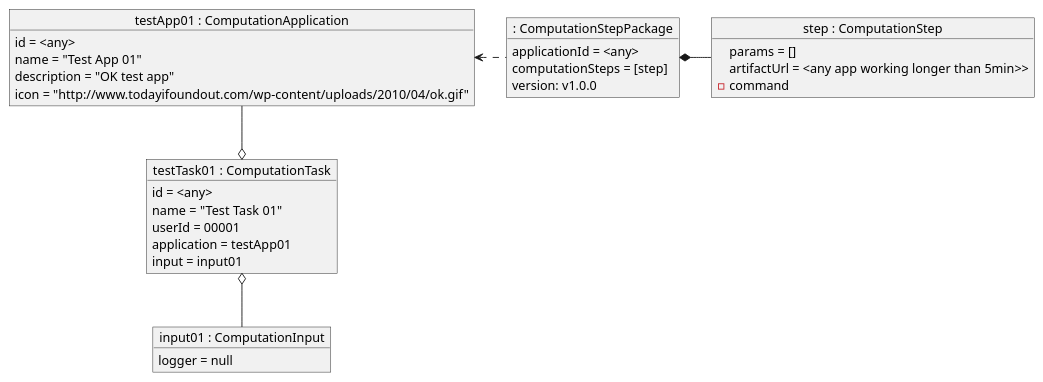
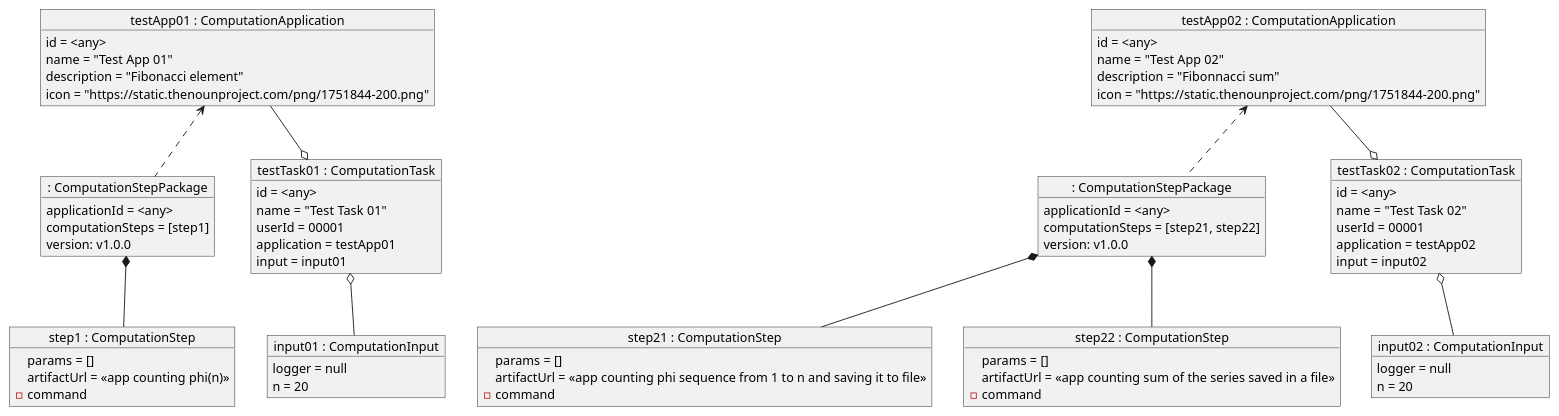
One commit to Plan-B-PO/docs changed the diagram in test_scenarios/data/T4_in.puml. Above: the diagram before and after it, drawn with PlantUML. The commit also changed 2 other files, not shown here.

```diff
--- a/test_scenarios/data/T4_in.puml
+++ b/test_scenarios/data/T4_in.puml
@@ -1,41 +1,89 @@
 @startuml
 
 object "testApp01 : ComputationApplication" as testApp01 {
     id = <any>
     name = "Test App 01"
-    description = "OK test app"
-    icon = "http://www.todayifoundout.com/wp-content/uploads/2010/04/ok.gif"
+    description = "Fibonacci element"
+    icon = "https://static.thenounproject.com/png/1751844-200.png"
 }
 
 object ": ComputationStepPackage" as pack {
     applicationId = <any>
-    computationSteps = [step]
+    computationSteps = [step1]
     version: v1.0.0
 }
 
-testApp01 <. pack
+testApp01 <.. pack
 
-object "step : ComputationStep" as step {
+object "step1 : ComputationStep" as step1 {
     params = []
-    artifactUrl = <any app working longer than 5min>>
+    artifactUrl = <<app counting phi(n)>>
     - command
 }
 
-pack *- step
+pack *-- step1
 
 object "testTask01 : ComputationTask" as testTask01 {
     id = <any>
     name = "Test Task 01"
     userId = 00001
     application = testApp01
     input = input01
 }
 
 object "input01 : ComputationInput" as input01 {
     logger = null
+    n = 20
 }
 
 testApp01 --o testTask01
 testTask01 o-- input01
 
+object "testApp02 : ComputationApplication" as testApp02 {
+    id = <any>
+    name = "Test App 02"
+    description = "Fibonnacci sum"
+    icon = "https://static.thenounproject.com/png/1751844-200.png"
+}
+
+object ": ComputationStepPackage" as pack2 {
+    applicationId = <any>
+    computationSteps = [step21, step22]
+    version: v1.0.0
+}
+
+testApp02 <.. pack2
+
+object "step21 : ComputationStep" as step21 {
+    params = []
+    artifactUrl = <<app counting phi sequence from 1 to n and saving it to file>>
+    - command
+}
+
+object "step22 : ComputationStep" as step22 {
+    params = []
+    artifactUrl = <<app counting sum of the series saved in a file>>
+    - command
+}
+
+pack2 *-- step21
+pack2 *-- step22
+
+object "testTask02 : ComputationTask" as testTask02 {
+    id = <any>
+    name = "Test Task 02"
+    userId = 00001
+    application = testApp02
+    input = input02
+}
+
+object "input02 : ComputationInput" as input02 {
+    logger = null
+    n = 20
+}
+
+testApp02 --o testTask02
+testTask02 o-- input02
+
+
 @enduml
```
